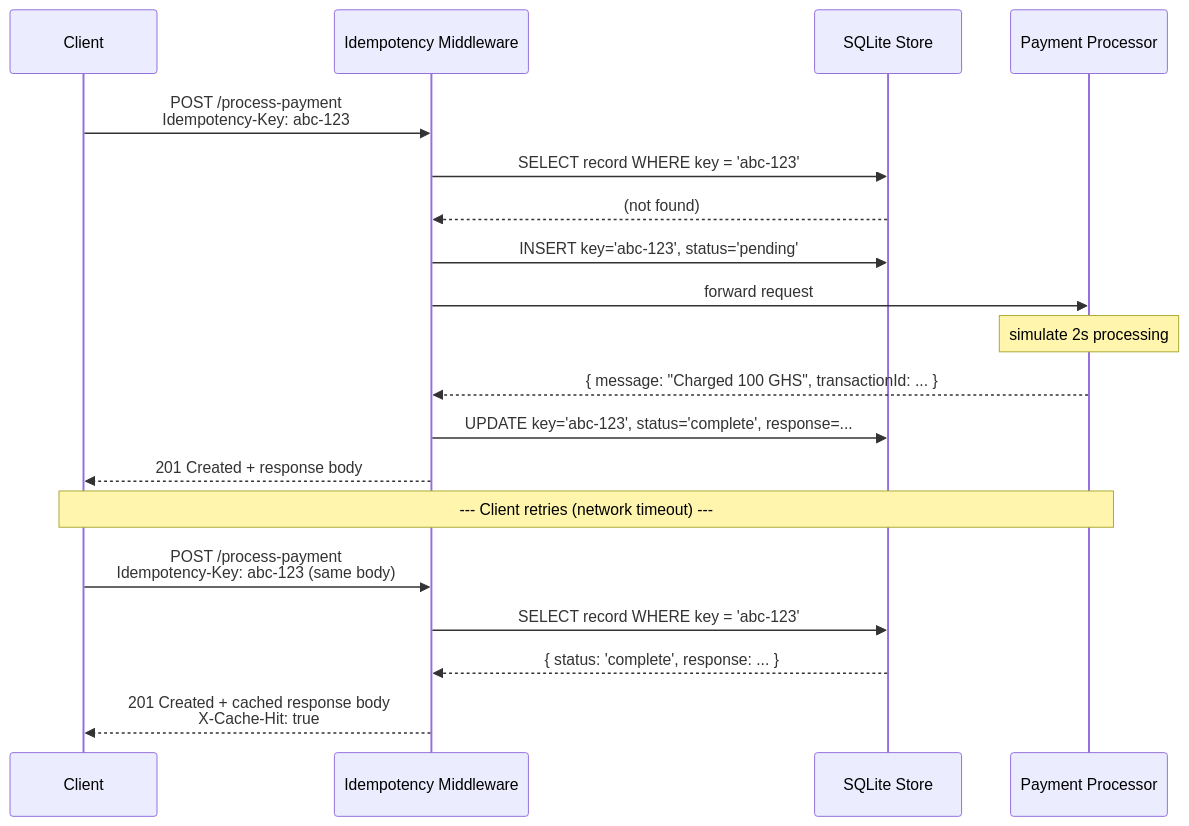
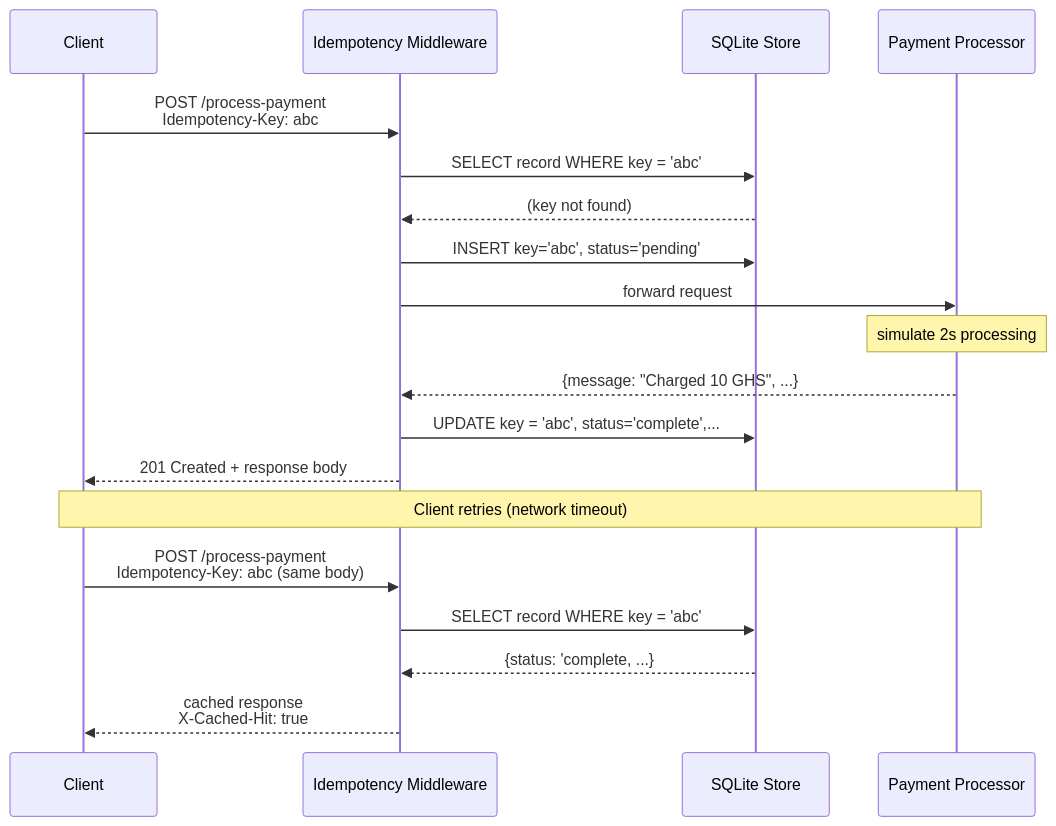
Before and after one commit to xxnoodl/Idempotency-Gateway: the first of 2 diagrams in README.md, drawn with Mermaid. The commit also changed other lines of this file, not shown here.

````diff
--- a/README.md
+++ b/README.md
@@ -11,28 +6,24 @@
 ```mermaid
 sequenceDiagram
     participant C as Client
-    participant M as Idempotency Middleware
-    participant DB as SQLite Store
-    participant P as Payment Processor
+    participant IM as Idempotency Middleware 
+    participant SS as SQLite Store
+    participant PP as Payment Processor
 
-    C->>M: POST /process-payment<br/>Idempotency-Key: abc-123
+    C ->> IM: POST /process-payment<br/> Idempotency-Key: abc; IM ->> SS: SELECT record WHERE key = 'abc'; 
+    SS -->> IM: (key not found)
+    
+    IM ->> SS: INSERT key='abc', status='pending'
+    IM ->> PP: forward request
+    Note over PP: simulate 2s processing
+    PP -->> IM: {message: "Charged 10 GHS", ...}
+    IM ->> SS: UPDATE key = 'abc', status='complete',...
+    IM -->> C: 201 Created + response body
 
-    M->>DB: SELECT record WHERE key = 'abc-123'
-    DB-->>M: (not found)
-
-    M->>DB: INSERT key='abc-123', status='pending'
-    M->>P: forward request
-
-    Note over P: simulate 2s processing
-
-    P-->>M: { message: "Charged 100 GHS", transactionId: ... }
-    M->>DB: UPDATE key='abc-123', status='complete', response=...
-    M-->>C: 201 Created + response body
-
-    Note over C,P: --- Client retries (network timeout) ---
-
-    C->>M: POST /process-payment<br/>Idempotency-Key: abc-123 (same body)
-    M->>DB: SELECT record WHERE key = 'abc-123'
-    DB-->>M: { status: 'complete', response: ... }
-    M-->>C: 201 Created + cached response body<br/>X-Cache-Hit: true
+    Note over C,PP: Client retries (network timeout)
+    
+    C ->> IM: POST /process-payment<br/>Idempotency-Key: abc (same body)
+    IM ->> SS: SELECT record WHERE key = 'abc'
+    SS -->> IM: {status: 'complete, ...}
+    IM -->> C: cached response<br/>X-Cached-Hit: true
 ```
````
